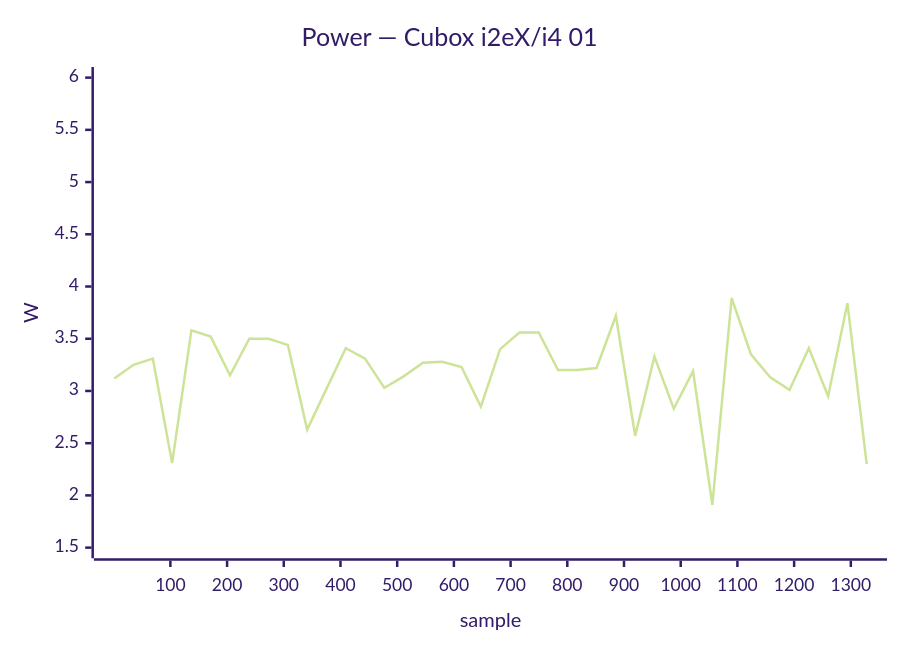
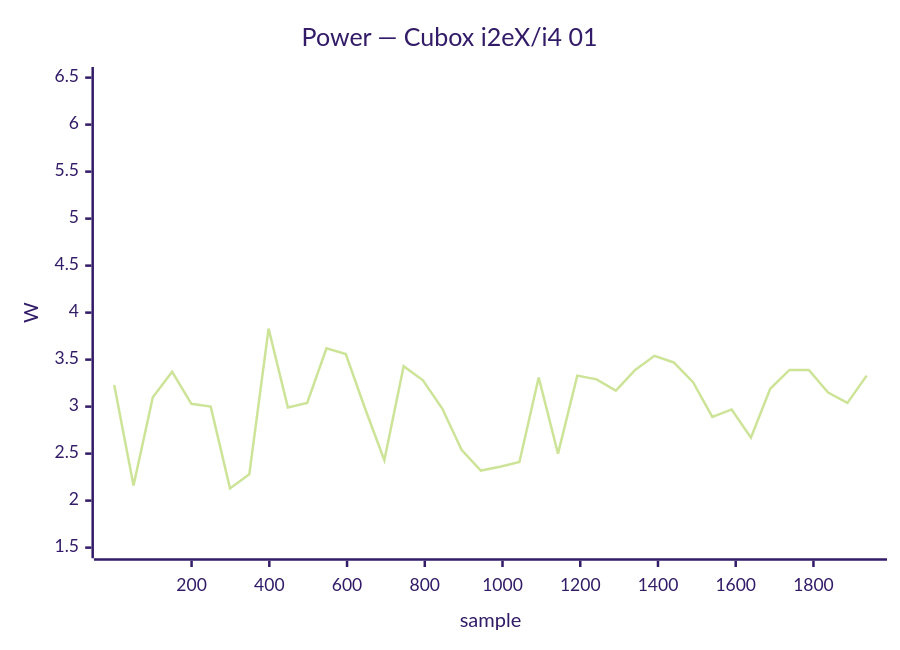
One commit to armbian/documentation changed diagram 14 of 40 in docs/status/board-tests.md. Above: the diagram before and after it, drawn with Mermaid (forest theme). The commit also changed other lines of this file, not shown here.

````diff
--- a/docs/status/board-tests.md
+++ b/docs/status/board-tests.md
@@ -585,7 +614,7 @@
 ```mermaid
 xychart-beta
     title "Power — Cubox i2eX/i4 01"
-    x-axis "sample" 1 --> 1328
-    y-axis "W" 1.5 --> 6.0
-    line [3.12, 3.25, 3.31, 2.31, 3.58, 3.52, 3.15, 3.50, 3.50, 3.44, 2.63, 3.02, 3.41, 3.31, 3.03, 3.14, 3.27, 3.28, 3.23, 2.85, 3.40, 3.56, 3.56, 3.20, 3.20, 3.22, 3.72, 2.57, 3.33, 2.83, 3.19, 1.91, 3.89, 3.35, 3.13, 3.01, 3.41, 2.95, 3.84, 2.30]
+    x-axis "sample" 1 --> 1937
+    y-axis "W" 1.5 --> 6.5
+    line [3.23, 2.16, 3.10, 3.37, 3.03, 3.00, 2.13, 2.28, 3.83, 2.99, 3.04, 3.62, 3.56, 2.98, 2.43, 3.43, 3.28, 2.98, 2.54, 2.32, 2.36, 2.41, 3.31, 2.50, 3.33, 3.29, 3.17, 3.39, 3.54, 3.47, 3.26, 2.89, 2.97, 2.67, 3.19, 3.39, 3.39, 3.15, 3.04, 3.33]
 ```
````
